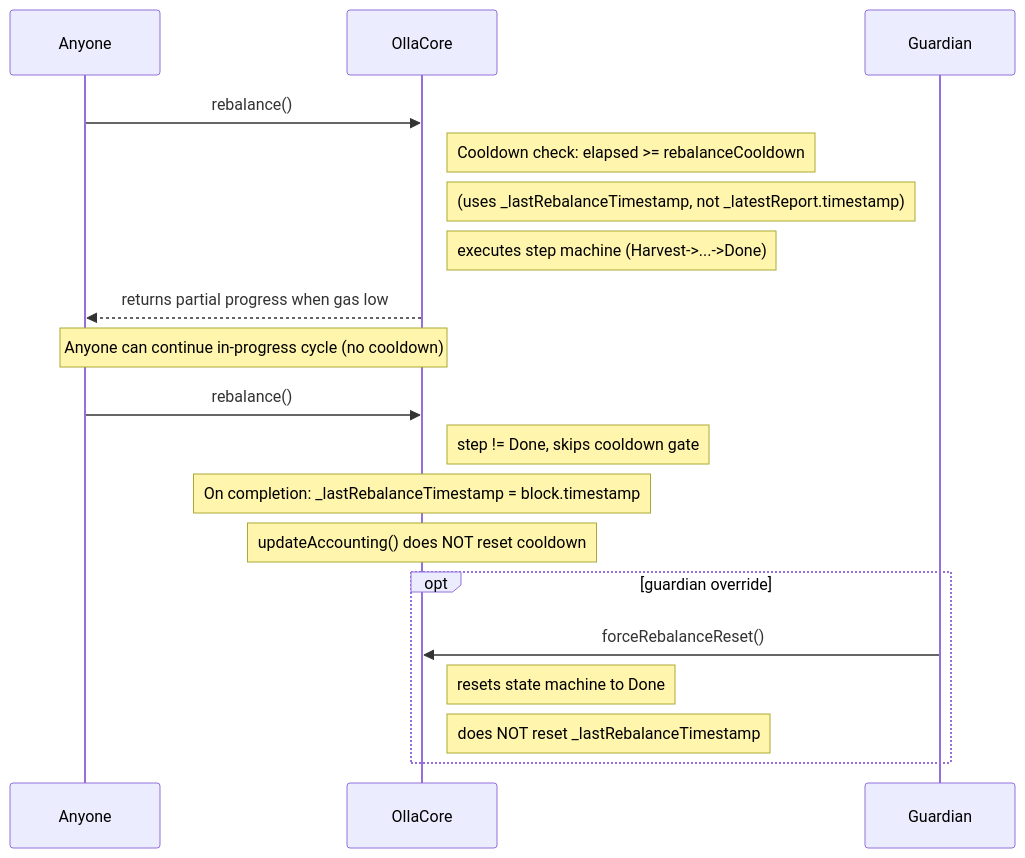
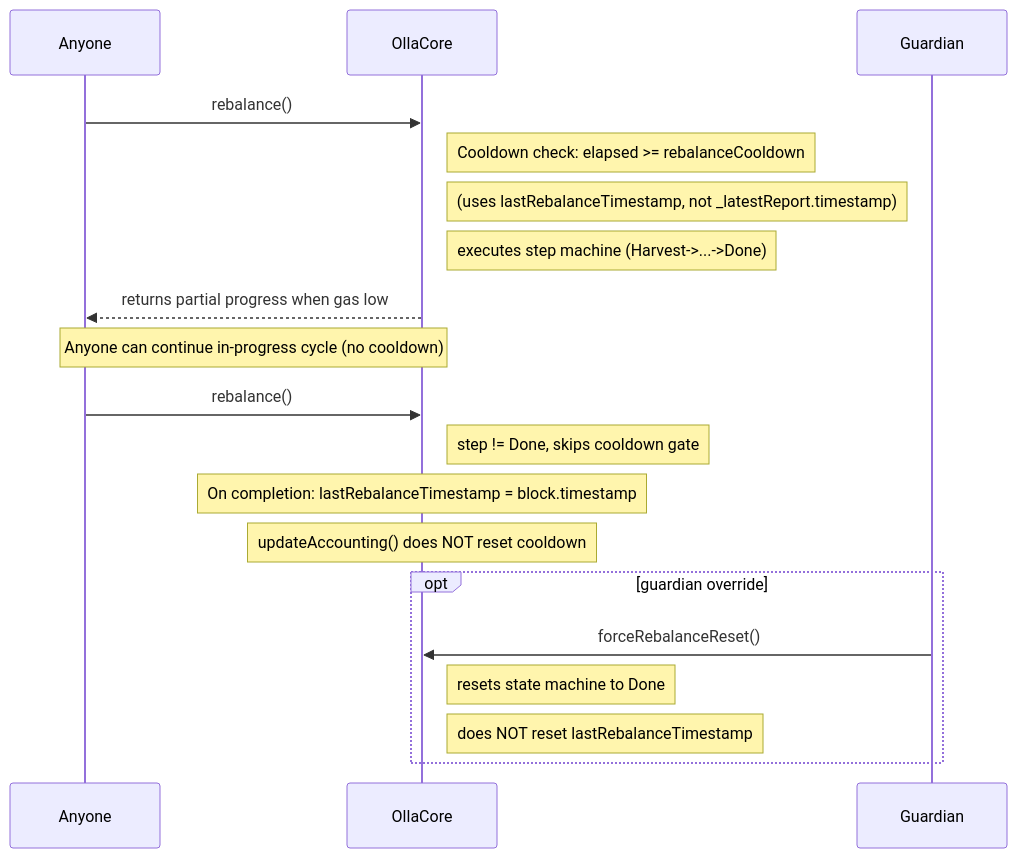
One commit to ollafinance/core changed the eighth of 9 diagrams in docs/architecture/operator-actions.md. Above: the diagram before and after it, drawn with Mermaid. The commit also changed other lines of this file and 8 other files, not shown here.

First line of the commit message:
fix: gracefully handle reward harvest failures and expose rebalance timestamp (#339)

````diff
--- a/docs/architecture/operator-actions.md
+++ b/docs/architecture/operator-actions.md
@@ -206,25 +206,25 @@
 ```mermaid
 sequenceDiagram
     participant A as Anyone
     participant C as OllaCore
     participant G as Guardian
 
     A->>C: rebalance()
     Note right of C: Cooldown check: elapsed >= rebalanceCooldown
-    Note right of C: (uses _lastRebalanceTimestamp, not _latestReport.timestamp)
+    Note right of C: (uses lastRebalanceTimestamp, not _latestReport.timestamp)
     Note right of C: executes step machine (Harvest->...->Done)
     C-->>A: returns partial progress when gas low
 
     Note over A,C: Anyone can continue in-progress cycle (no cooldown)
     A->>C: rebalance()
     Note right of C: step != Done, skips cooldown gate
 
-    Note over C: On completion: _lastRebalanceTimestamp = block.timestamp
+    Note over C: On completion: lastRebalanceTimestamp = block.timestamp
     Note over C: updateAccounting() does NOT reset cooldown
 
     opt guardian override
         G->>C: forceRebalanceReset()
         Note right of C: resets state machine to Done
-        Note right of C: does NOT reset _lastRebalanceTimestamp
+        Note right of C: does NOT reset lastRebalanceTimestamp
     end
 ```
````
